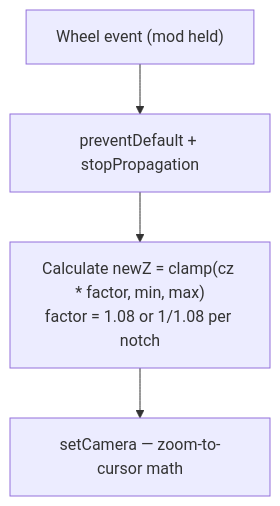
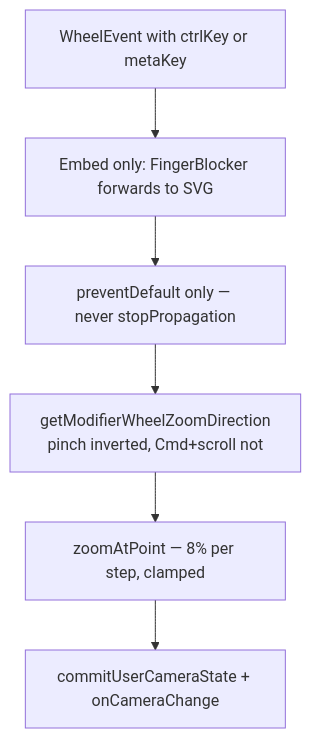
Before and after one commit to daledesilva/obsidian_ink: the first of 4 diagrams in docs/pan-zoom.md, drawn with Mermaid. The commit also changed other lines of this file and 5 other files, not shown here.

````diff
--- a/docs/pan-zoom.md
+++ b/docs/pan-zoom.md
@@ -61,9 +80,11 @@
 ```mermaid
 flowchart TD
-    wheel["Wheel event (mod held)"]
-    prevent["preventDefault + stopPropagation"]
-    calc["Calculate newZ = clamp(cz * factor, min, max)\nfactor = 1.08 or 1/1.08 per notch"]
-    setcam["setCamera — zoom-to-cursor math"]
+    wheel["WheelEvent with ctrlKey or metaKey"]
+    embedFwd["Embed only: FingerBlocker forwards to SVG"]
+    prevent["preventDefault only — never stopPropagation"]
+    direction["getModifierWheelZoomDirection\npinch inverted, Cmd+scroll not"]
+    zoom["zoomAtPoint — 8% per step, clamped"]
+    emit["commitUserCameraState + onCameraChange"]
 
-    wheel --> prevent --> calc --> setcam
+    wheel --> embedFwd --> prevent --> direction --> zoom --> emit
 ```
````
